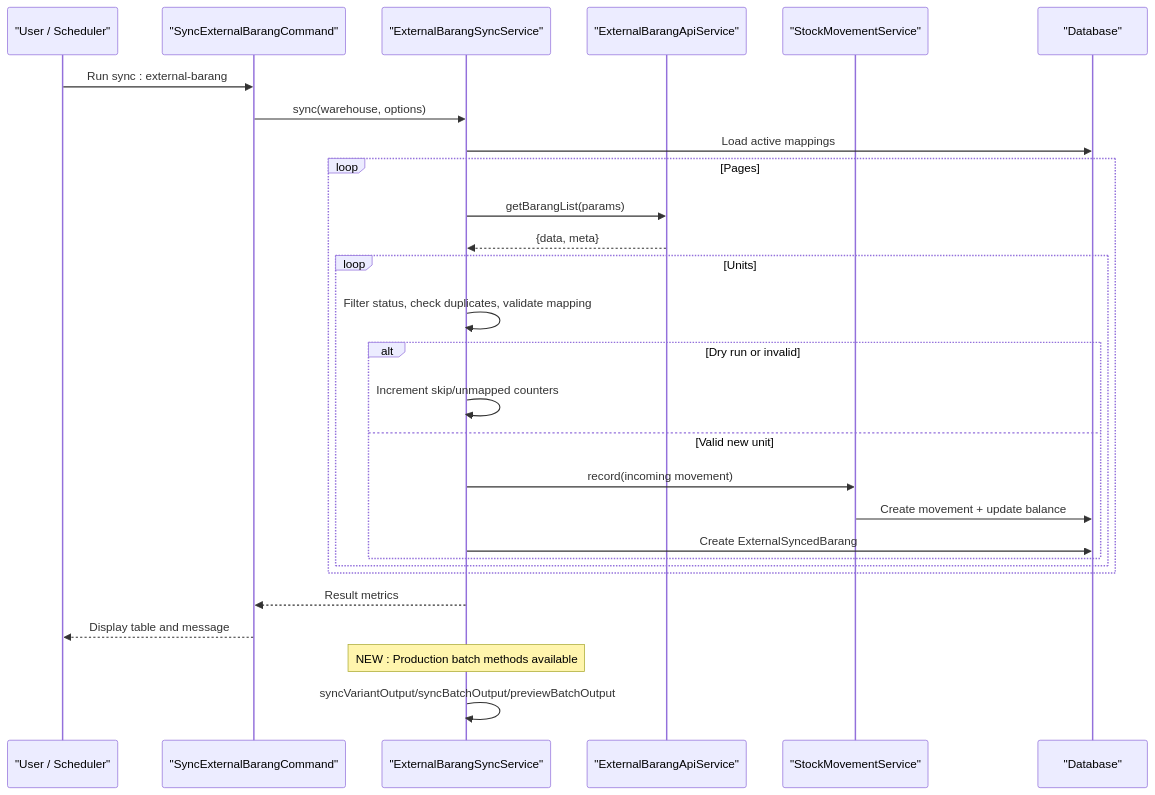
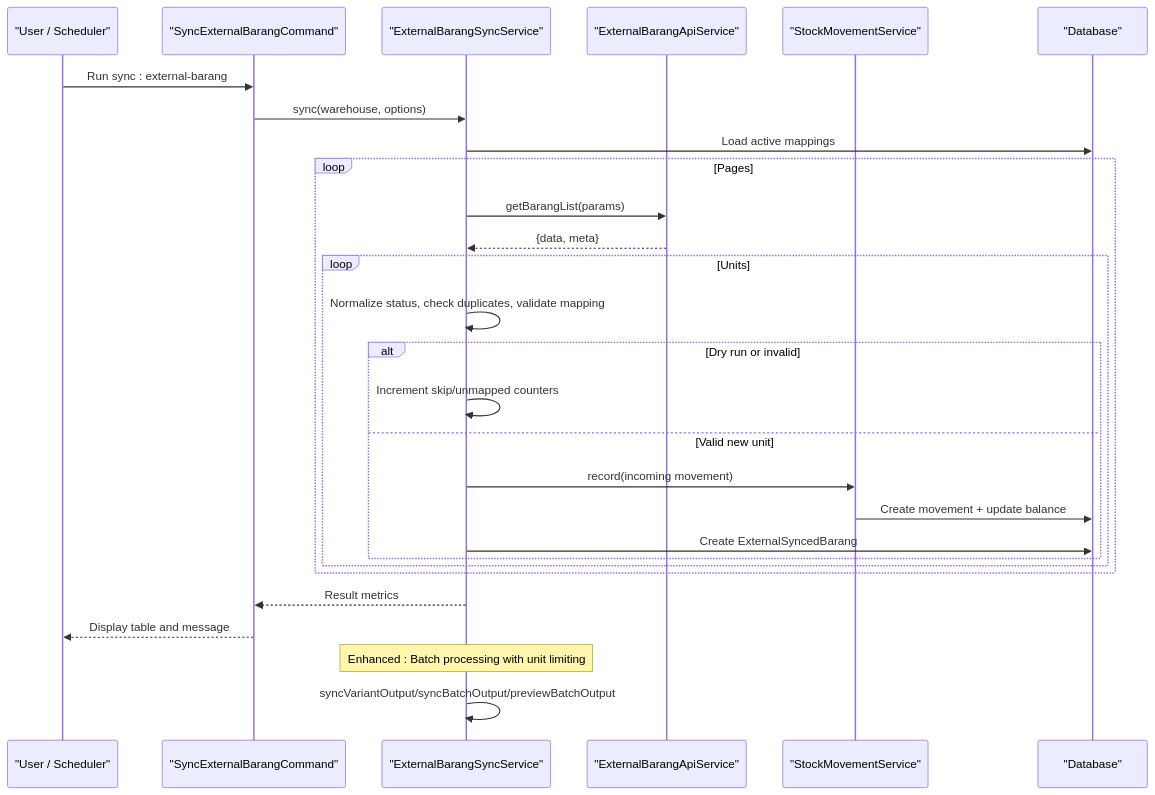
One commit to Dikksap/laravel_RsvHelmet changed the second of 4 diagrams in .qoder/repowiki/en/content/Services Layer/External Barang Sync Service.md. Above: the diagram before and after it, drawn with Mermaid. The commit also changed other lines of this file and 52 other files, not shown here.

````diff
--- a/.qoder/repowiki/en/content/Services Layer/External Barang Sync Service.md
+++ b/.qoder/repowiki/en/content/Services Layer/External Barang Sync Service.md
@@ -123,30 +126,30 @@
 ```mermaid
 sequenceDiagram
 participant User as "User / Scheduler"
 participant Command as "SyncExternalBarangCommand"
 participant Sync as "ExternalBarangSyncService"
 participant Api as "ExternalBarangApiService"
 participant Stock as "StockMovementService"
 participant DB as "Database"
 User->>Command : Run sync : external-barang
 Command->>Sync : sync(warehouse, options)
 Sync->>DB : Load active mappings
 loop Pages
 Sync->>Api : getBarangList(params)
 Api-->>Sync : {data, meta}
 loop Units
-Sync->>Sync : Filter status, check duplicates, validate mapping
+Sync->>Sync : Normalize status, check duplicates, validate mapping
 alt Dry run or invalid
 Sync->>Sync : Increment skip/unmapped counters
 else Valid new unit
 Sync->>Stock : record(incoming movement)
 Stock->>DB : Create movement + update balance
 Sync->>DB : Create ExternalSyncedBarang
 end
 end
 end
 Sync-->>Command : Result metrics
 Command-->>User : Display table and message
-Note over Sync : NEW : Production batch methods available
+Note over Sync : Enhanced : Batch processing with unit limiting
 Sync->>Sync : syncVariantOutput/syncBatchOutput/previewBatchOutput
 ```
````
